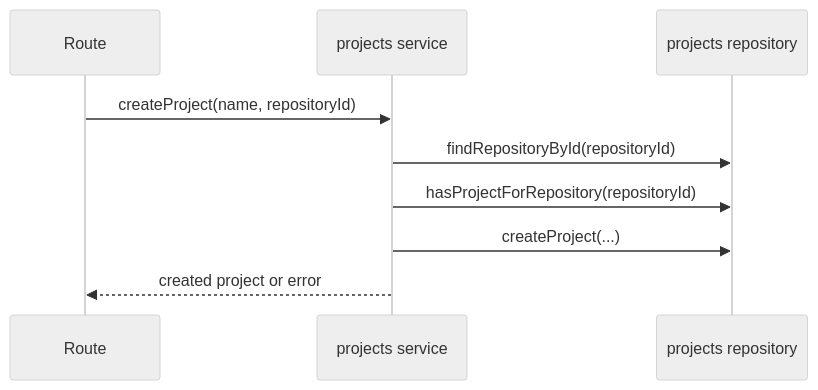
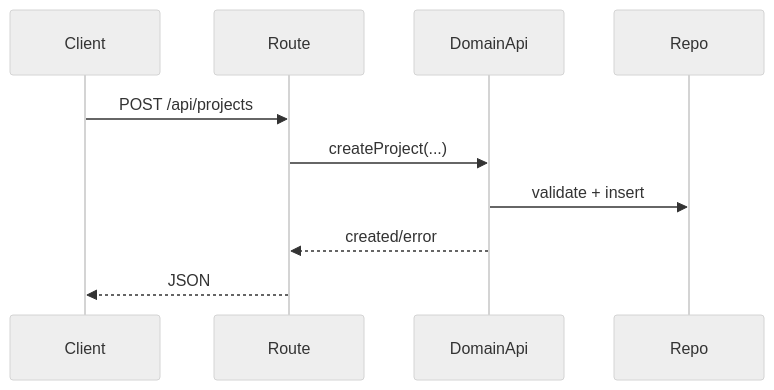
One commit to TurtleStoffel/tektite-console changed the second of 5 diagrams in src/backend/domains/projects/README.md. Above: the diagram before and after it, drawn with Mermaid (neutral theme). The commit also changed other lines of this file and 30 other files, not shown here.

Commit message:
split domainApi from service

````diff
--- a/src/backend/domains/projects/README.md
+++ b/src/backend/domains/projects/README.md
@@ -21,11 +26,12 @@
 ```mermaid
 sequenceDiagram
+    participant Client
     participant Route
-    participant Service as projects service
-    participant Repo as projects repository
-    Route->>Service: createProject(name, repositoryId)
-    Service->>Repo: findRepositoryById(repositoryId)
-    Service->>Repo: hasProjectForRepository(repositoryId)
-    Service->>Repo: createProject(...)
-    Service-->>Route: created project or error
+    participant DomainApi
+    participant Repo
+    Client->>Route: POST /api/projects
+    Route->>DomainApi: createProject(...)
+    DomainApi->>Repo: validate + insert
+    DomainApi-->>Route: created/error
+    Route-->>Client: JSON
 ```
````
